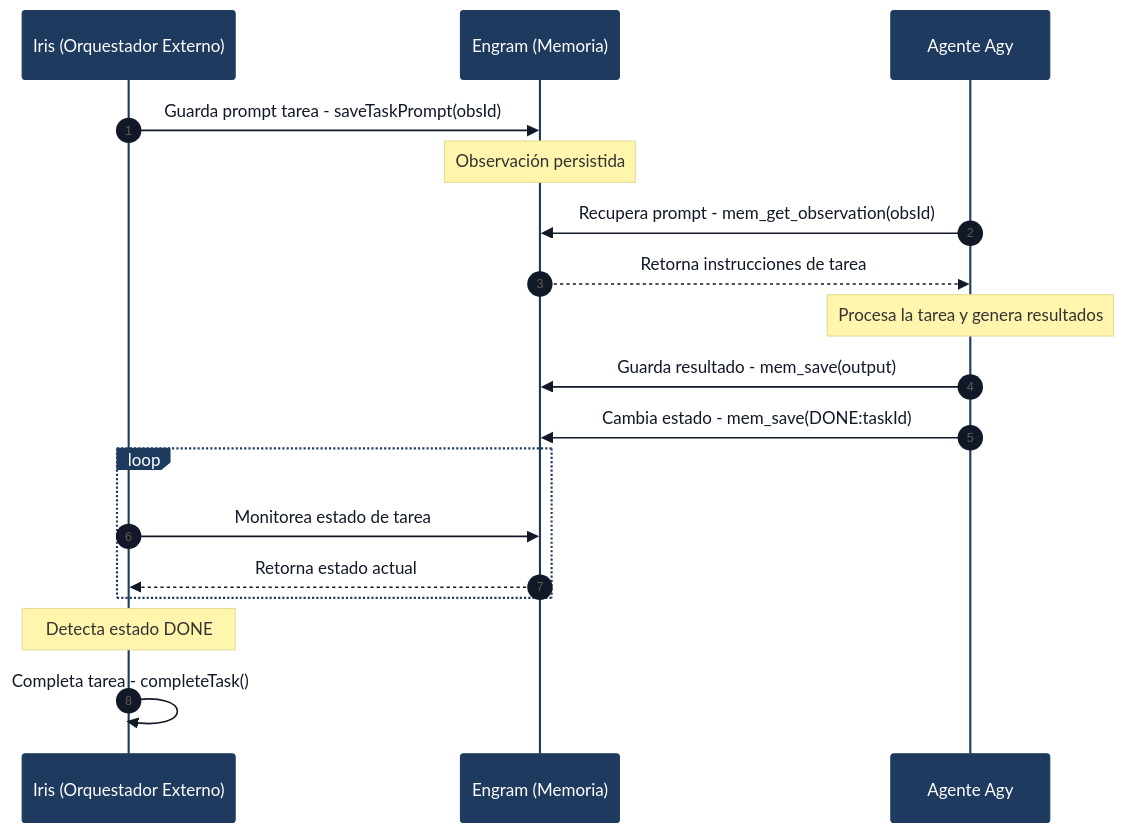
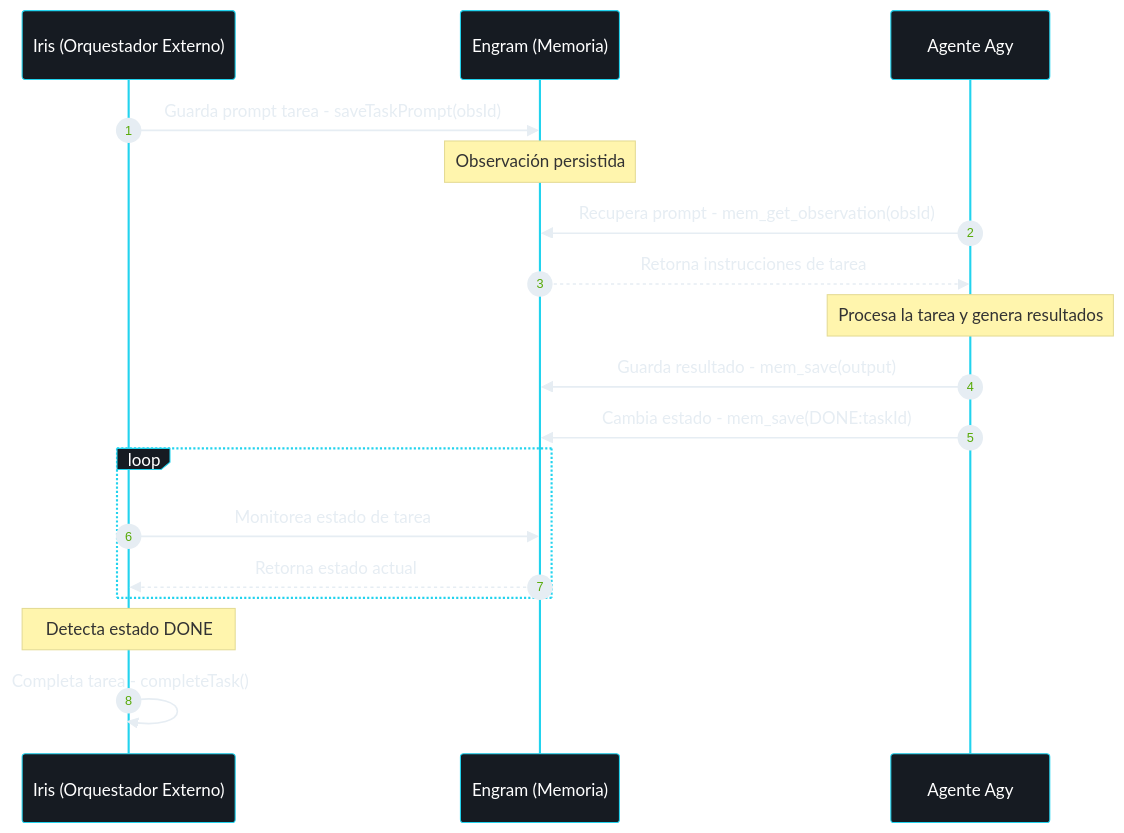
Before and after one commit to Geraldow/odoo-ai: the fourth of 6 diagrams in ARCHITECTURE.md, drawn with Mermaid. The commit also changed other lines of this file, not shown here.

First line of the commit message:
docs: add ARCHITECTURE.md and PRD.md for odoo-ai v3

````diff
--- a/ARCHITECTURE.md
+++ b/ARCHITECTURE.md
@@ -107,22 +106,22 @@
 ```mermaid
-%%{init: {'theme': 'base', 'themeVariables': {'background': '#F9FAFB', 'primaryColor': '#1E3A5F', 'primaryTextColor': '#FFFFFF', 'primaryBorderColor': '#1E3A5F', 'secondaryColor': '#6B7280', 'secondaryTextColor': '#FFFFFF', 'secondaryBorderColor': '#475569', 'tertiaryColor': '#0D9488', 'tertiaryTextColor': '#FFFFFF', 'lineColor': '#9CA3AF', 'textColor': '#111827', 'clusterBkg': '#F3F4F6', 'clusterBorder': '#D1D5DB', 'fontFamily': 'Inter, Roboto, sans-serif'}}}%%
+%%{init: {'theme': 'base', 'themeVariables': {'background': '#0d1117', 'primaryColor': '#161b22', 'primaryTextColor': '#FFFFFF', 'primaryBorderColor': '#22d3ee', 'secondaryColor': '#1e1e2e', 'secondaryTextColor': '#FFFFFF', 'secondaryBorderColor': '#a855f7', 'tertiaryColor': '#0d2a2a', 'tertiaryTextColor': '#FFFFFF', 'tertiaryBorderColor': '#22d3ee', 'lineColor': '#a855f7', 'textColor': '#e6edf3', 'clusterBkg': '#0a1628', 'clusterBorder': '#22d3ee'}}}%%
 sequenceDiagram
     autonumber
     participant Iris as Iris (Orquestador Externo)
     participant Eng as Engram (Memoria)
     participant Ag as Agente Agy
     
     Iris->>Eng: Guarda prompt tarea - saveTaskPrompt(obsId)
     Note over Eng: Observación persistida
     Ag->>Eng: Recupera prompt - mem_get_observation(obsId)
     Eng-->>Ag: Retorna instrucciones de tarea
     Note over Ag: Procesa la tarea y genera resultados
     Ag->>Eng: Guarda resultado - mem_save(output)
     Ag->>Eng: Cambia estado - mem_save(DONE:taskId)
     loop Bucle de Sondeo (Polling)
         Iris->>Eng: Monitorea estado de tarea
         Eng-->>Iris: Retorna estado actual
     end
     Note over Iris: Detecta estado DONE
     Iris->>Iris: Completa tarea - completeTask()
 ```
````
